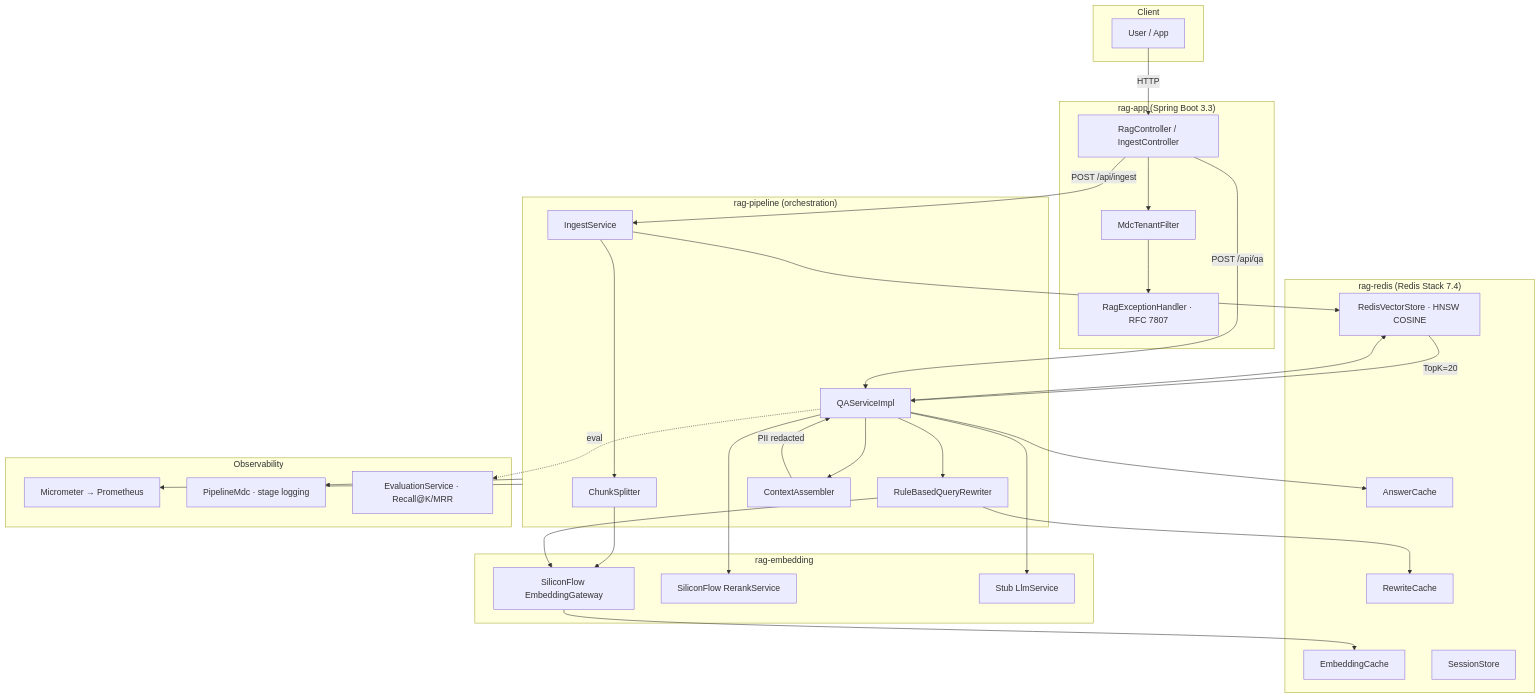
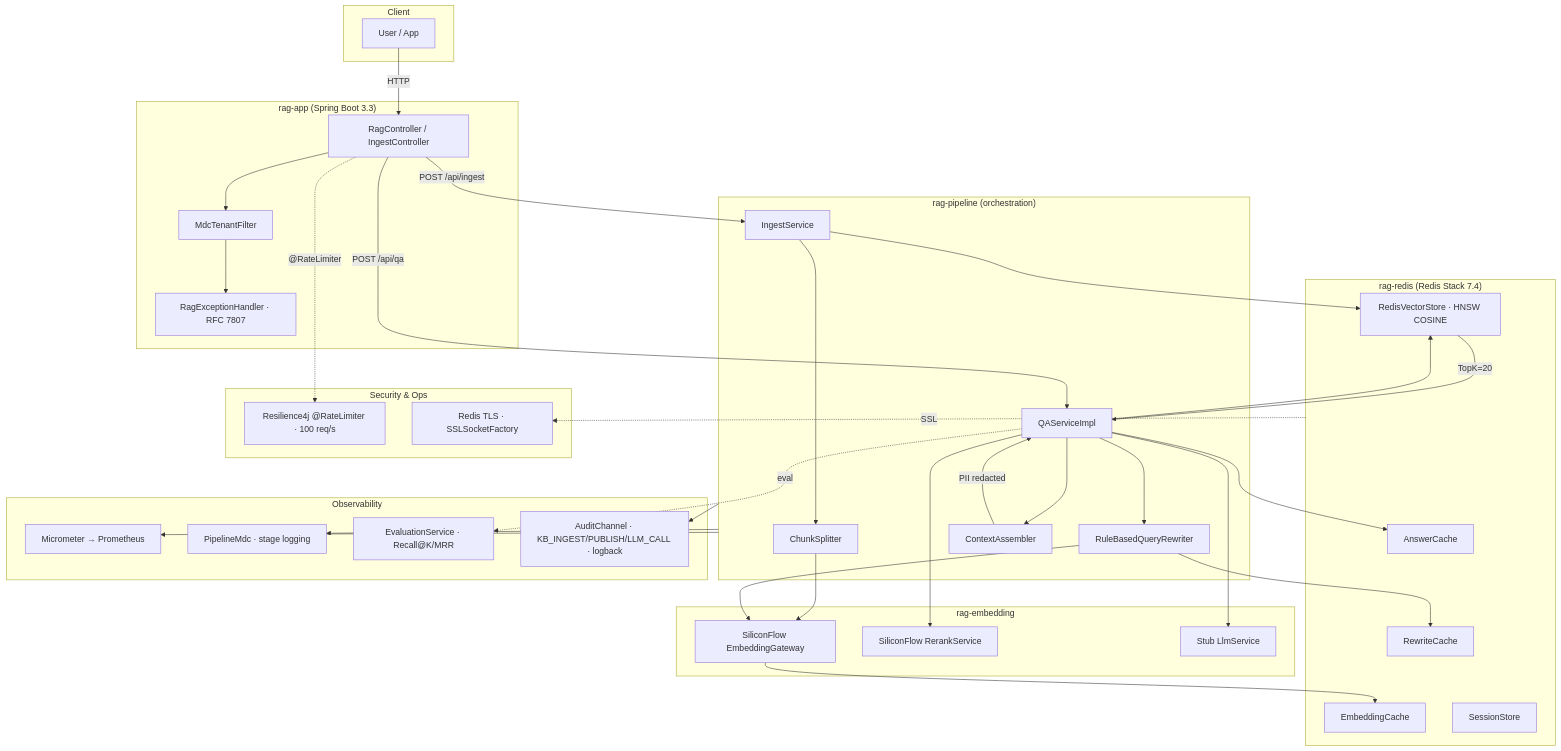
The diagram in README.md (yysf1949/spring-ai-alibaba-rag), drawn with Mermaid before and after one commit. The commit also changed other lines of this file and 3 other files, not shown here.

````diff
--- a/README.md
+++ b/README.md
@@ -12,66 +12,75 @@
 ```mermaid
 flowchart TB
     subgraph Client["Client"]
         U[User / App]
     end
 
     subgraph App["rag-app (Spring Boot 3.3)"]
         Controller[RagController / IngestController]
         Filter[MdcTenantFilter]
         Exception[RagExceptionHandler · RFC 7807]
     end
 
     subgraph Pipeline["rag-pipeline (orchestration)"]
         IngestSvc[IngestService]
         ChunkSplit[ChunkSplitter]
         Rewriter[RuleBasedQueryRewriter]
         QASvc[QAServiceImpl]
         CtxAsm[ContextAssembler]
     end
 
     subgraph Adapter["rag-embedding"]
         EmbGw[SiliconFlow EmbeddingGateway]
         RerankSvc[SiliconFlow RerankService]
         LlmSvc[Stub LlmService]
     end
 
     subgraph Redis["rag-redis (Redis Stack 7.4)"]
         Vector[RedisVectorStore · HNSW COSINE]
         AnsCache[AnswerCache]
         EmbCache[EmbeddingCache]
         RewCache[RewriteCache]
         Session[SessionStore]
     end
 
     subgraph Metrics["Observability"]
         Micrometer[Micrometer → Prometheus]
         MDC[PipelineMdc · stage logging]
         Eval[EvaluationService · Recall@K/MRR]
+        Audit[AuditChannel · KB_INGEST/PUBLISH/LLM_CALL · logback]
+    end
+
+    subgraph Security["Security & Ops"]
+        RateLim[Resilience4j @RateLimiter · 100 req/s]
+        TLS[Redis TLS · SSLSocketFactory]
     end
 
     U -->|HTTP| Controller
     Controller --> Filter
     Filter --> Exception
     Controller -->|POST /api/ingest| IngestSvc
     Controller -->|POST /api/qa| QASvc
 
     IngestSvc --> ChunkSplit
     ChunkSplit --> EmbGw
     EmbGw --> EmbCache
     IngestSvc --> Vector
 
     QASvc --> AnsCache
     QASvc --> Rewriter
     Rewriter --> RewCache
     Rewriter --> EmbGw
     QASvc --> Vector
     Vector -->|TopK=20| QASvc
     QASvc --> RerankSvc
     QASvc --> CtxAsm
     QASvc --> LlmSvc
     CtxAsm -->|PII redacted| QASvc
 
     Pipeline --> MDC
     Pipeline --> Micrometer
+    Pipeline --> Audit
     QASvc -. eval .-> Eval
+    Controller -. @RateLimiter .-> RateLim
+    Redis -. SSL .-> TLS
 ```
````
